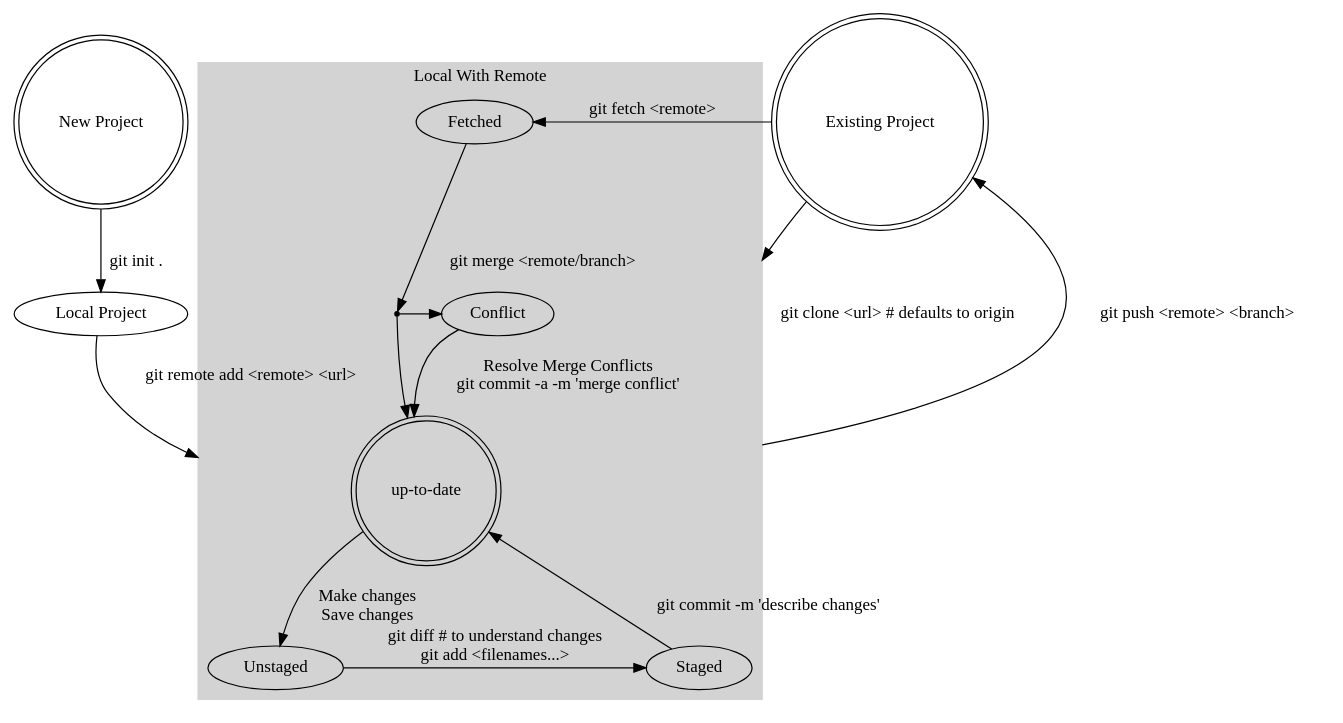
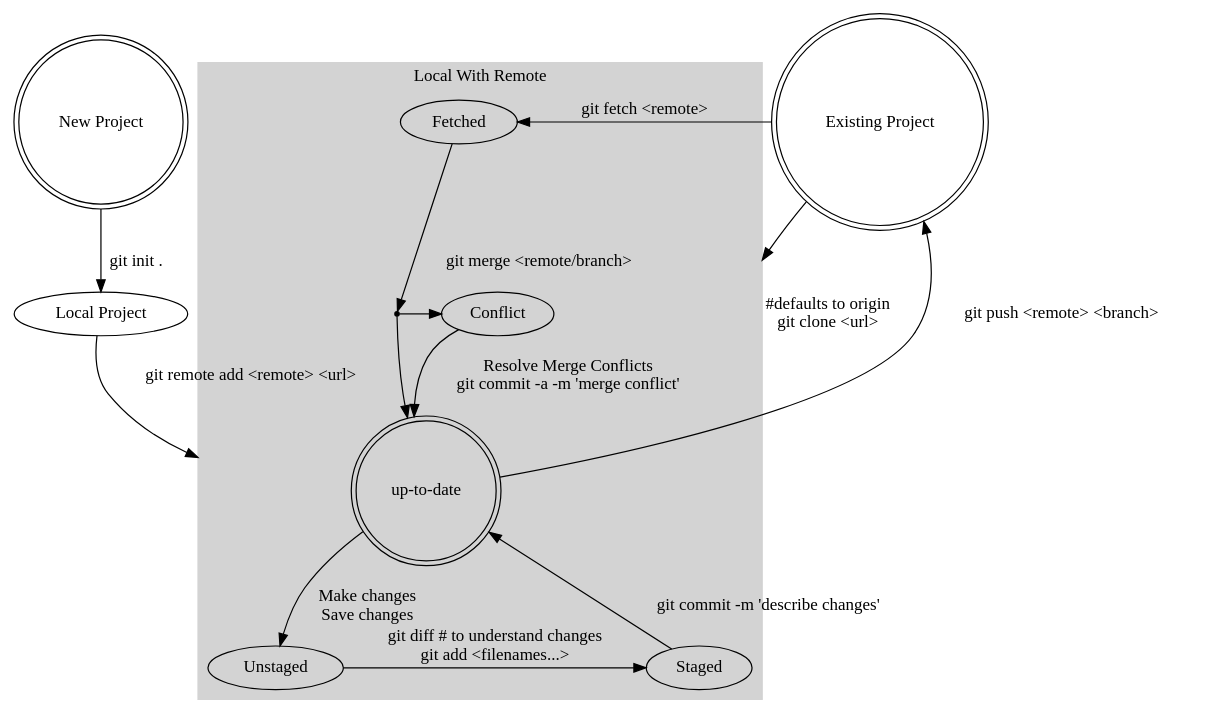
One commit to probinso/introduction-git changed the diagram in git.dot. Above: the diagram before and after it, drawn with Graphviz. The commit also changed 2 other files, not shown here.

```diff
--- a/git.dot
+++ b/git.dot
@@ -1,39 +1,39 @@
 digraph G {
         aize = "4,4"
         compound=true;
         {
                 NewProject[label="New Project", shape=doublecircle];
                 ExistingProject[label="Existing Project", shape=doublecircle];
                 rank=same;
                 };
 
         Local[label="Local Project"];
         subgraph cluster0 {
                 label="Local With Remote";
                 color=lightgray;
                 style=filled;
                 UpToDate [shape=doublecircle, label="up-to-date"];
                 {Unstaged; Staged; rank=same;};
 
                 UpToDate -> Unstaged [label="Make changes\nSave changes"];
                 Unstaged -> Staged [label="git diff # to understand changes\ngit add <filenames...>"];
                 Staged -> UpToDate [label="git commit -m 'describe changes'"];
 
                 {Conflict; Point[shape=point, label=""];
                         rank=same;
                         }
 
                 Fetched -> Point [label="git merge <remote/branch>"];
                 Point -> {Conflict, UpToDate}
                 Conflict -> UpToDate [label="Resolve Merge Conflicts\ngit commit -a -m 'merge conflict'"];
                 };
                 Local -> UpToDate [
                                   label="git remote add <remote> <url>",
                                   lhead=cluster0];
                 NewProject -> Local [label="git init ."];
                 ExistingProject -> UpToDate [
-                                            label="git clone <url> # defaults to origin"
+                                            label=" #defaults to origin\ngit clone <url>"
                                             lhead=cluster0];
-                UpToDate -> ExistingProject [label="git push <remote> <branch>", ltail=cluster0];
+                UpToDate -> ExistingProject [label="git push <remote> <branch>"];
                 ExistingProject -> Fetched [label="git fetch <remote>"];
 }
```
